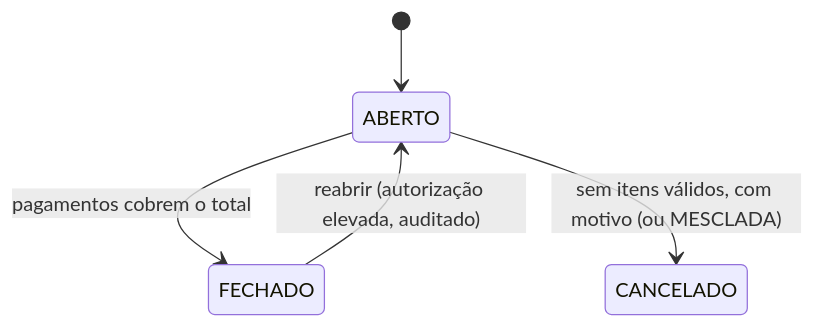
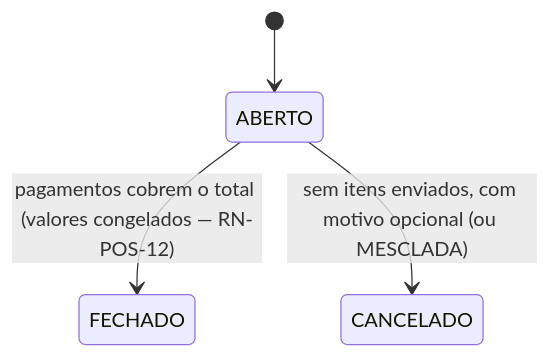
One commit to marlonerick/erp-mesa-restaurante changed the second of 7 diagrams in maps/flows/estados.md. Above: the diagram before and after it, drawn with Mermaid. The commit also changed other lines of this file and 78 other files, not shown here.

````diff
--- a/maps/flows/estados.md
+++ b/maps/flows/estados.md
@@ -27,7 +27,6 @@
 ```mermaid
 stateDiagram-v2
   [*] --> ABERTO
-  ABERTO --> FECHADO: pagamentos cobrem o total
-  ABERTO --> CANCELADO: sem itens válidos, com motivo (ou MESCLADA)
-  FECHADO --> ABERTO: reabrir (autorização elevada, auditado)
+  ABERTO --> FECHADO: pagamentos cobrem o total (valores congelados — RN-POS-12)
+  ABERTO --> CANCELADO: sem itens enviados, com motivo opcional (ou MESCLADA)
 ```
````
